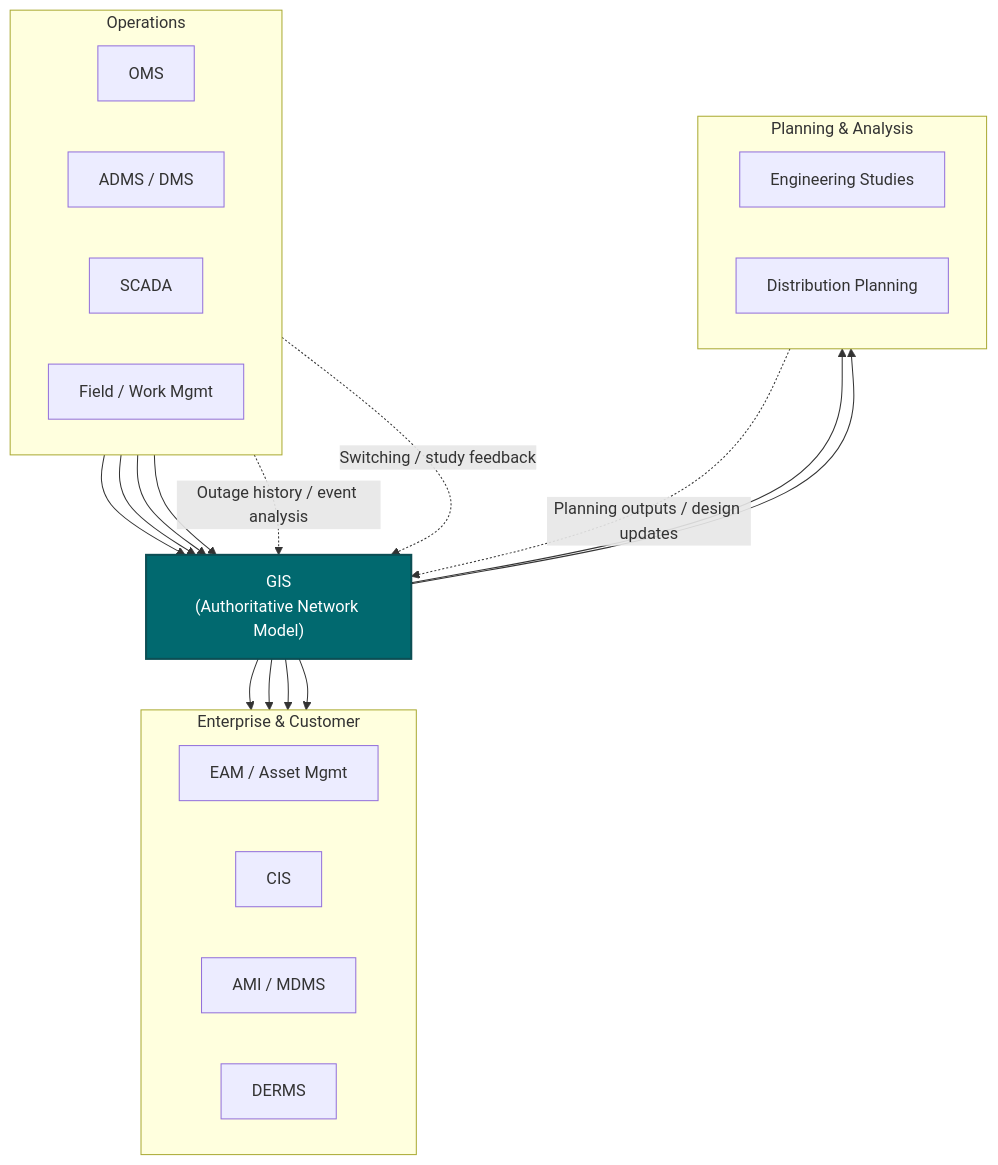
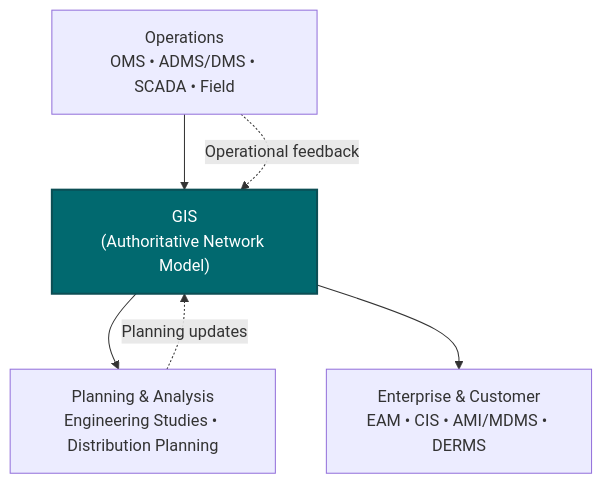
Before and after one commit to joemarshgis/admsreadiness: the diagram in content/posts/2026-01-gis-in-the-center-architecture.md, drawn with Mermaid.

Commit message:
less detail

````diff
--- a/content/posts/2026-01-gis-in-the-center-architecture.md
+++ b/content/posts/2026-01-gis-in-the-center-architecture.md
@@ -24,45 +24,13 @@
 ```mermaid
 flowchart TB
   GIS["GIS<br/>(Authoritative Network Model)"]:::center
 
-  subgraph OPS["Operations"]
-    direction LR
-    OMS["OMS"]
-    ADMS["ADMS / DMS"]
-    SCADA["SCADA"]
-    FIELD["Field / Work Mgmt"]
-  end
+  OPS["Operations<br/>OMS • ADMS/DMS • SCADA • Field"] --> GIS
+  GIS --> PLAN["Planning & Analysis<br/>Engineering Studies • Distribution Planning"]
+  GIS --> ENT["Enterprise & Customer<br/>EAM • CIS • AMI/MDMS • DERMS"]
 
-  subgraph PLAN["Planning & Analysis"]
-    direction LR
-    ENG["Engineering Studies"]
-    DISTPLAN["Distribution Planning"]
-  end
-
-  subgraph ENT["Enterprise & Customer"]
-    direction LR
-    EAM["EAM / Asset Mgmt"]
-    CIS["CIS"]
-    AMI["AMI / MDMS"]
-    DERMS["DERMS"]
-  end
-
-  OMS --> GIS
-  ADMS --> GIS
-  SCADA --> GIS
-  FIELD --> GIS
-
-  GIS --> ENG
-  GIS --> DISTPLAN
-
-  GIS --> EAM
-  GIS --> CIS
-  GIS --> AMI
-  GIS --> DERMS
-
-  OMS -. "Outage history / event analysis" .-> GIS
-  ADMS -. "Switching / study feedback" .-> GIS
-  ENG -. "Planning outputs / design updates" .-> GIS
+  OPS -. "Operational feedback" .-> GIS
+  PLAN -. "Planning updates" .-> GIS
 
   classDef center fill:#01696f,stroke:#0c4e54,color:#ffffff,stroke-width:2px;
 ```
````
